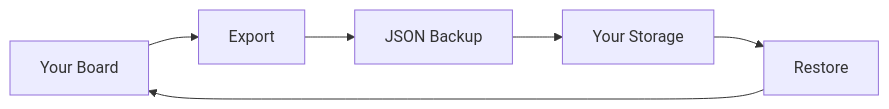
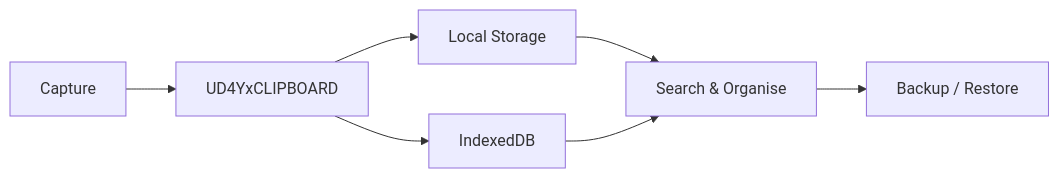
Before and after one commit to udaycodespace/UD4YxCLIPBOARD: the diagram in README.md, drawn with Mermaid. The commit also changed other lines of this file, not shown here.

````diff
--- a/README.md
+++ b/README.md
@@ -126,8 +54,9 @@
 ```mermaid
 flowchart LR
-    A["Your Board"] --> B["Export"]
-    B --> C["JSON Backup"]
-    C --> D["Your Storage"]
-    D --> E["Restore"]
-    E --> A
+    A["Capture"] --> B["UD4YxCLIPBOARD"]
+    B --> C["Local Storage"]
+    B --> D["IndexedDB"]
+    C --> E["Search & Organise"]
+    D --> E
+    E --> F["Backup / Restore"]
 ```
````
